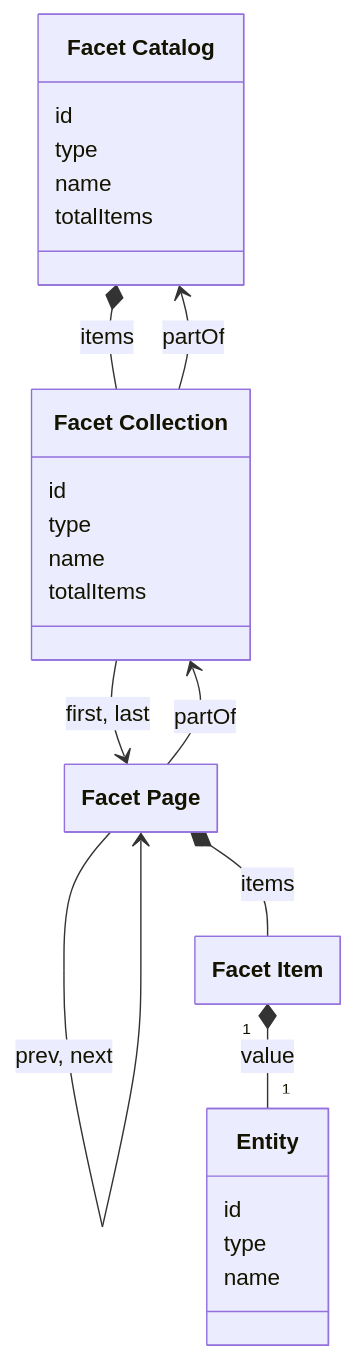
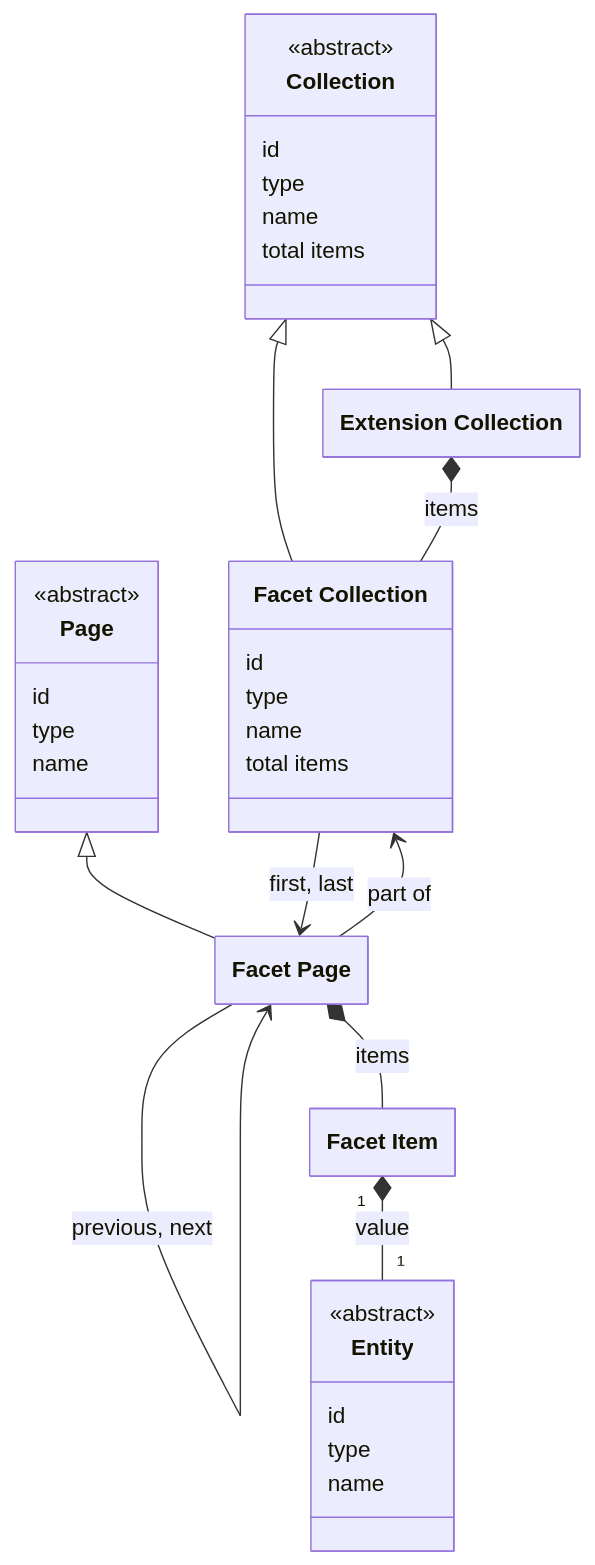
One commit to netwerk-digitaal-erfgoed/netwerk-digitaal-erfgoed.github.io changed the diagram in docs/requirements/data-layer-api/rest/facets.md. Above: the diagram before and after it, drawn with Mermaid. The commit also changed other lines of this file and 10 other files, not shown here.

````diff
--- a/docs/requirements/data-layer-api/rest/facets.md
+++ b/docs/requirements/data-layer-api/rest/facets.md
@@ -64,39 +35,52 @@
 ```mermaid
 ---
   config:
     class:
       hideEmptyMembersBox: true
 ---
 classDiagram
 
-class FacetCatalog["Facet Catalog"] {
+class Collection["Collection"] {
+  <<abstract>>
   id
   type
   name
-  totalItems
+  total items
 }
+
+class ExtensionCollection["Extension Collection"]
 
 class FacetCollection["Facet Collection"] {
   id
   type
   name
-  totalItems
+  total items
+}
+
+class Page["Page"] {
+  <<abstract>>
+  id
+  type
+  name
 }
 
 class FacetPage["Facet Page"]
 class FacetItem["Facet Item"]
 
 class Entity {
+  <<abstract>>
   id
   type
   name
 }
 
-FacetCatalog *-- FacetCollection : items
-FacetCollection --> FacetCatalog : partOf
+Collection <|-- ExtensionCollection
+Collection <|-- FacetCollection
+Page <|-- FacetPage
+ExtensionCollection *-- FacetCollection : items
 FacetCollection --> FacetPage : first, last
-FacetPage --> FacetCollection : partOf
-FacetPage --> FacetPage : prev, next
+FacetPage --> FacetCollection : part of
+FacetPage --> FacetPage : previous, next
 FacetPage *-- FacetItem : items
 FacetItem "1" *-- "1" Entity  : value
 ```
````
